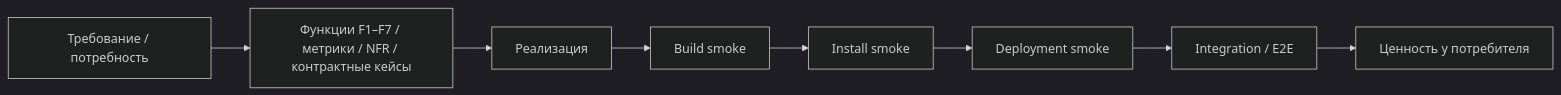
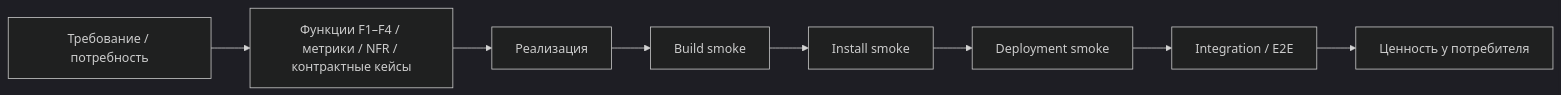
Before and after one commit to n-marusov/graphrag: the diagram in specs/qa/smoke-testing.md, drawn with Mermaid (dark theme). The commit also changed other lines of this file and 13 other files, not shown here.

````diff
--- a/specs/qa/smoke-testing.md
+++ b/specs/qa/smoke-testing.md
@@ -24,10 +24,10 @@
 ```mermaid
 flowchart LR
-    A[Требование / потребность] --> B[Функции F1–F7 / метрики / NFR / контрактные кейсы]
+    A[Требование / потребность] --> B[Функции F1–F4 / метрики / NFR / контрактные кейсы]
     B --> C[Реализация]
     C --> D[Build smoke]
     D --> E[Install smoke]
     E --> F[Deployment smoke]
     F --> G[Integration / E2E]
     G --> H[Ценность у потребителя]
 ```
````
